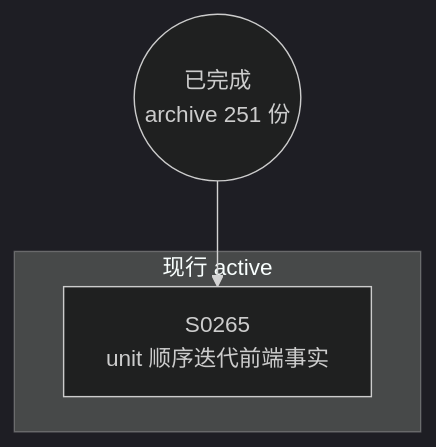
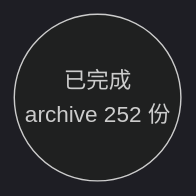
The diagram in docs/specs/dependency-graph.md (Halckon/Koven), drawn with Mermaid (dark theme) before and after one commit. The commit also changed other lines of this file and 10 other files, not shown here.

````diff
--- a/docs/specs/dependency-graph.md
+++ b/docs/specs/dependency-graph.md
@@ -9,8 +9,4 @@
 ```mermaid
 flowchart TD
-ARCH(("已完成<br/>archive 251 份"))
-subgraph Gactive["现行 active"]
-  S0265["S0265<br/>unit 顺序迭代前端事实"]
-end
-ARCH --> S0265
+ARCH(("已完成<br/>archive 252 份"))
 ```
````
